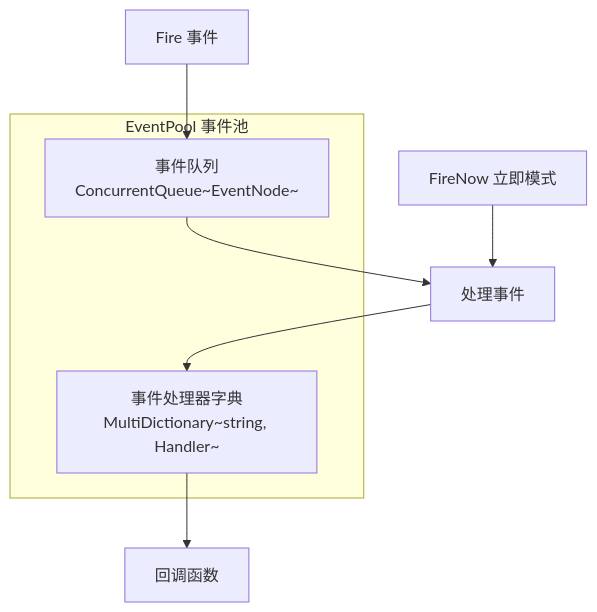
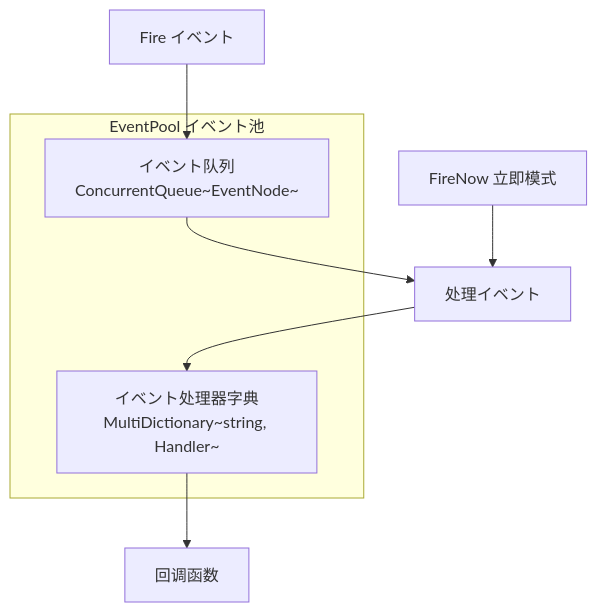
Before and after one commit to AlianBlank/GameFrameX.Docs: the third of 4 diagrams in docs/ja/client/unity/component/core/04.features.md, drawn with Mermaid. The commit also changed other lines of this file and 603 other files, not shown here.

````diff
--- a/docs/ja/client/unity/component/core/04.features.md
+++ b/docs/ja/client/unity/component/core/04.features.md
@@ -181,14 +181,14 @@
 ```mermaid
 flowchart TD
-    subgraph "EventPool 事件池"
-        EventQueue[事件队列<br/>ConcurrentQueue~EventNode~]
-        EventHandlers[事件处理器字典<br/>MultiDictionary~string, Handler~]
+    subgraph "EventPool イベント池"
+        EventQueue[イベント队列<br/>ConcurrentQueue~EventNode~]
+        EventHandlers[イベント处理器字典<br/>MultiDictionary~string, Handler~]
     end
     
-    Fire[Fire 事件] --> EventQueue
-    EventQueue --> HandleEvent[处理事件]
+    Fire[Fire イベント] --> EventQueue
+    EventQueue --> HandleEvent[处理イベント]
     HandleEvent --> EventHandlers
     EventHandlers --> Callback[回调函数]
     
     FireNow[FireNow 立即模式] --> HandleEvent
 ```
````
